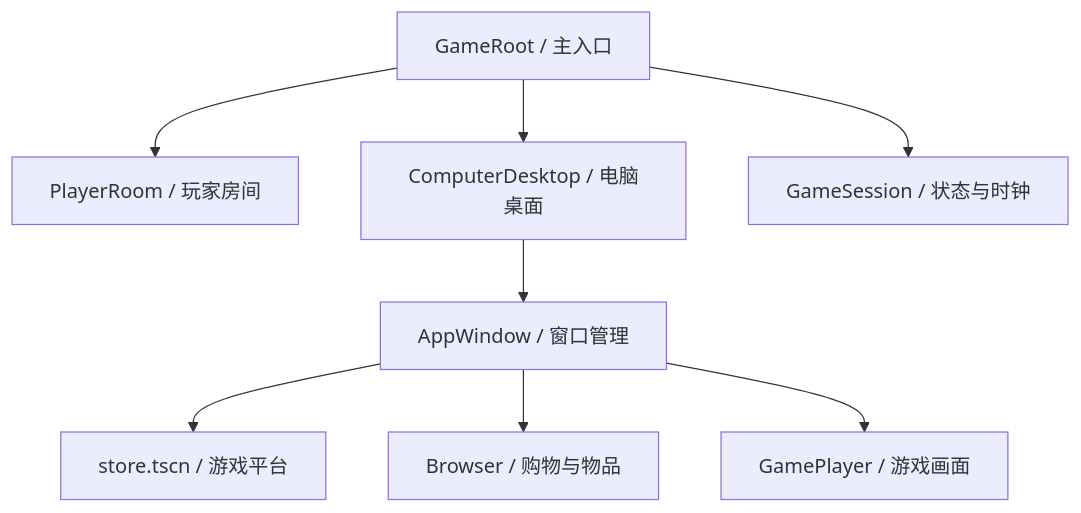
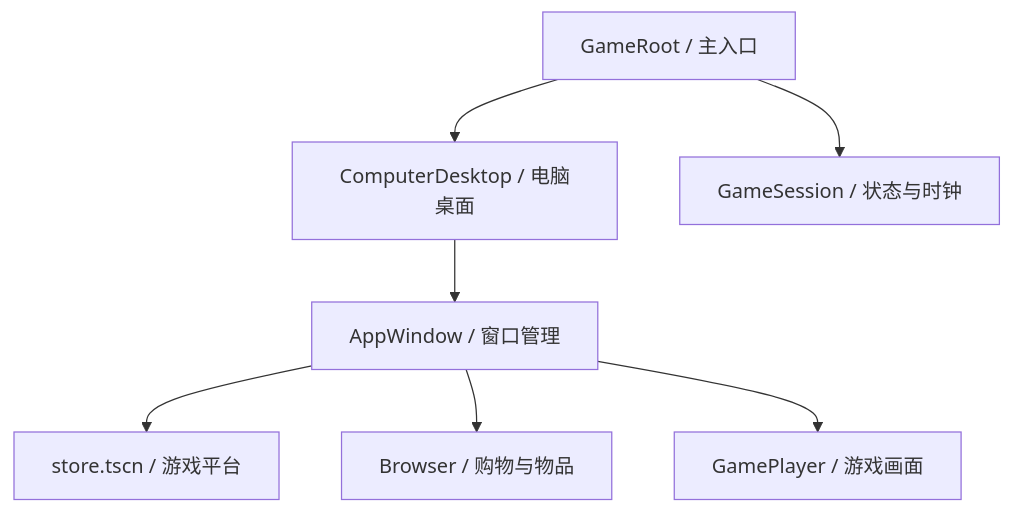
The diagram in CLIENT_STRUCTURE.md (lqc19891229/GameMemoirStore), drawn with Mermaid before and after one commit. The commit also changed other lines of this file and 49 other files, not shown here.

````diff
--- a/CLIENT_STRUCTURE.md
+++ b/CLIENT_STRUCTURE.md
@@ -7,10 +7,9 @@
 ```mermaid
 flowchart TD
-  Root["GameRoot / 主入口"] --> Room["PlayerRoom / 玩家房间"]
-  Root --> Desktop["ComputerDesktop / 电脑桌面"]
+  Root["GameRoot / 主入口"] --> Desktop["ComputerDesktop / 电脑桌面"]
   Root --> Session["GameSession / 状态与时钟"]
   Desktop --> Windows["AppWindow / 窗口管理"]
   Windows --> Client["store.tscn / 游戏平台"]
   Windows --> Browser["Browser / 购物与物品"]
   Windows --> Player["GamePlayer / 游戏画面"]
 ```
````
